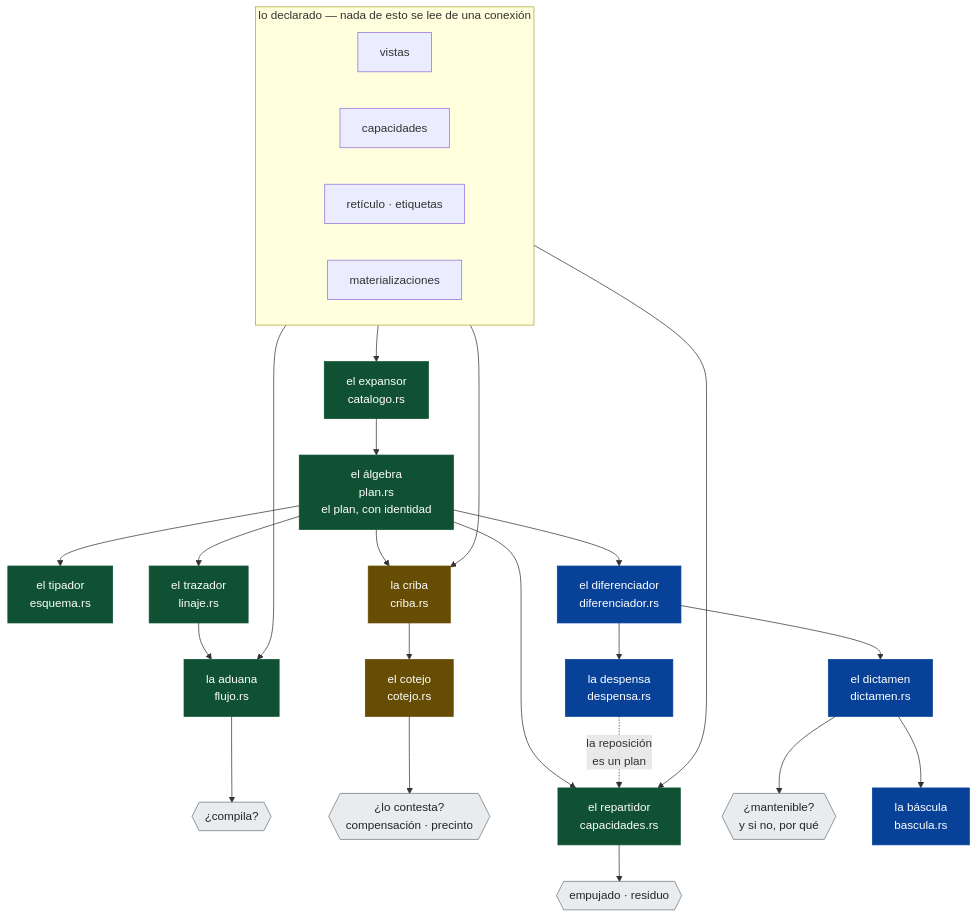
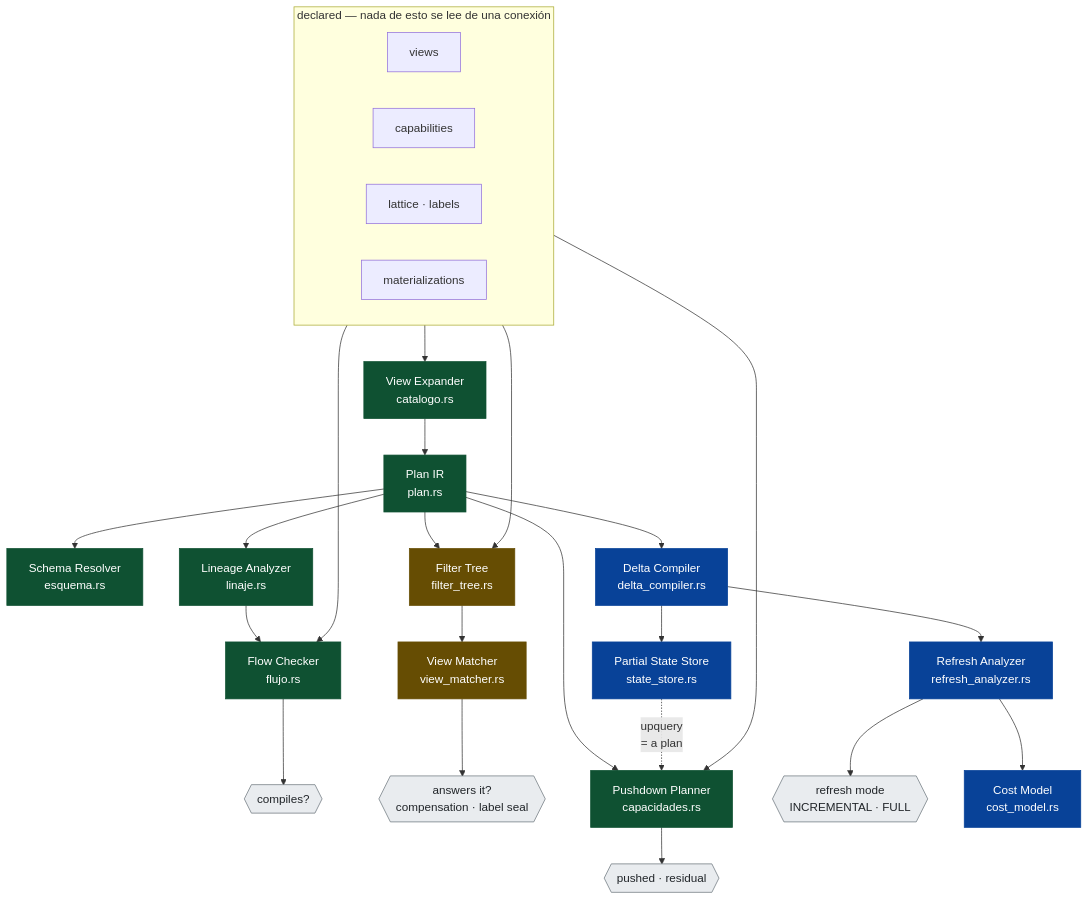
The diagram in docs/handoff-view-engine.md (describeloai/ore), drawn with Mermaid before and after one commit. The commit also changed other lines of this file, not shown here.

First line of the commit message:
las doce piezas, nombradas con la terminologia del sector

````diff
--- a/docs/handoff-view-engine.md
+++ b/docs/handoff-view-engine.md
@@ -461,44 +466,44 @@
 ```mermaid
 flowchart TB
-    subgraph DECL["lo declarado — nada de esto se lee de una conexión"]
+    subgraph DECL["declared — nada de esto se lee de una conexión"]
         direction LR
-        V["vistas"]
-        CAP["capacidades"]
-        RET["retículo · etiquetas"]
-        MAT["materializaciones"]
+        V["views"]
+        CAP["capabilities"]
+        RET["lattice · labels"]
+        MAT["materializations"]
     end
 
-    V --> EXP["el expansor<br/>catalogo.rs"]
-    EXP --> PLAN["el álgebra<br/>plan.rs<br/>el plan, con identidad"]
+    V --> EXP["View Expander<br/>catalogo.rs"]
+    EXP --> PLAN["Plan IR<br/>plan.rs"]
 
-    PLAN --> TIP["el tipador<br/>esquema.rs"]
-    PLAN --> TRZ["el trazador<br/>linaje.rs"]
-    TRZ --> ADU["la aduana<br/>flujo.rs"]
+    PLAN --> TIP["Schema Resolver<br/>esquema.rs"]
+    PLAN --> TRZ["Lineage Analyzer<br/>linaje.rs"]
+    TRZ --> ADU["Flow Checker<br/>flujo.rs"]
     RET --> ADU
-    ADU --> Q1{{"¿compila?"}}
+    ADU --> Q1{{"compiles?"}}
 
-    MAT --> CRI["la criba<br/>criba.rs"]
+    MAT --> CRI["Filter Tree<br/>filter_tree.rs"]
     PLAN --> CRI
-    CRI --> COT["el cotejo<br/>cotejo.rs"]
-    COT --> Q2{{"¿lo contesta?<br/>compensación · precinto"}}
+    CRI --> COT["View Matcher<br/>view_matcher.rs"]
+    COT --> Q2{{"answers it?<br/>compensation · label seal"}}
 
-    PLAN --> RPT["el repartidor<br/>capacidades.rs"]
+    PLAN --> RPT["Pushdown Planner<br/>capacidades.rs"]
     CAP --> RPT
-    RPT --> Q3{{"empujado · residuo"}}
+    RPT --> Q3{{"pushed · residual"}}
 
-    PLAN --> DIF["el diferenciador<br/>diferenciador.rs"]
-    DIF --> DIC["el dictamen<br/>dictamen.rs"]
-    DIC --> Q4{{"¿mantenible?<br/>y si no, por qué"}}
-    DIF --> DSP["la despensa<br/>despensa.rs"]
-    DSP -. "la reposición<br/>es un plan" .-> RPT
-    DIC --> BAS["la báscula<br/>bascula.rs"]
+    PLAN --> DIF["Delta Compiler<br/>delta_compiler.rs"]
+    DIF --> DIC["Refresh Analyzer<br/>refresh_analyzer.rs"]
+    DIC --> Q4{{"refresh mode<br/>INCREMENTAL · FULL"}}
+    DIF --> DSP["Partial State Store<br/>state_store.rs"]
+    DSP -. "upquery<br/>= a plan" .-> RPT
+    DIC --> BAS["Cost Model<br/>cost_model.rs"]
 
     classDef hecho fill:#0f5132,stroke:#0f5132,color:#fff
     classDef m5 fill:#664d03,stroke:#664d03,color:#fff
     classDef m6 fill:#084298,stroke:#084298,color:#fff
     classDef pregunta fill:#e9ecef,stroke:#6c757d,color:#212529
     class EXP,PLAN,TIP,TRZ,ADU,RPT hecho
     class CRI,COT m5
     class DIF,DIC,DSP,BAS m6
     class Q1,Q2,Q3,Q4 pregunta
 ```
````
